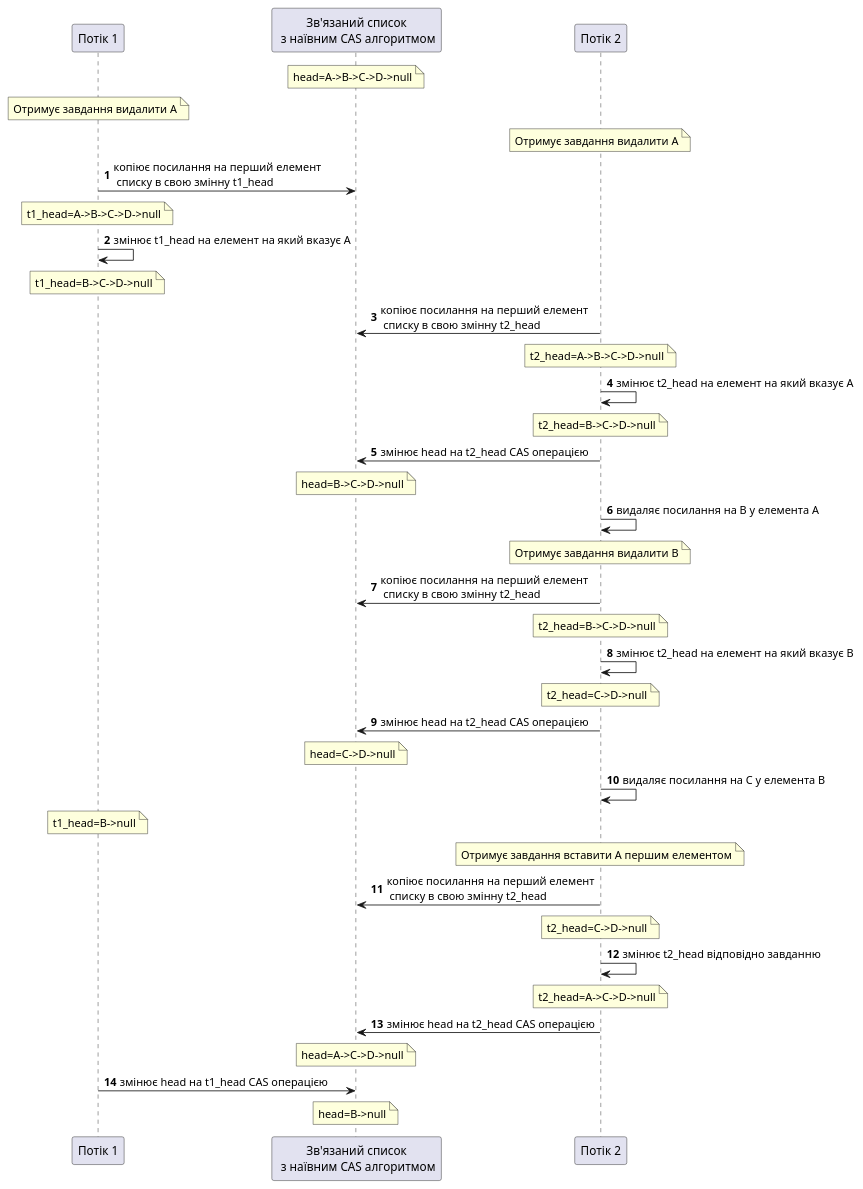
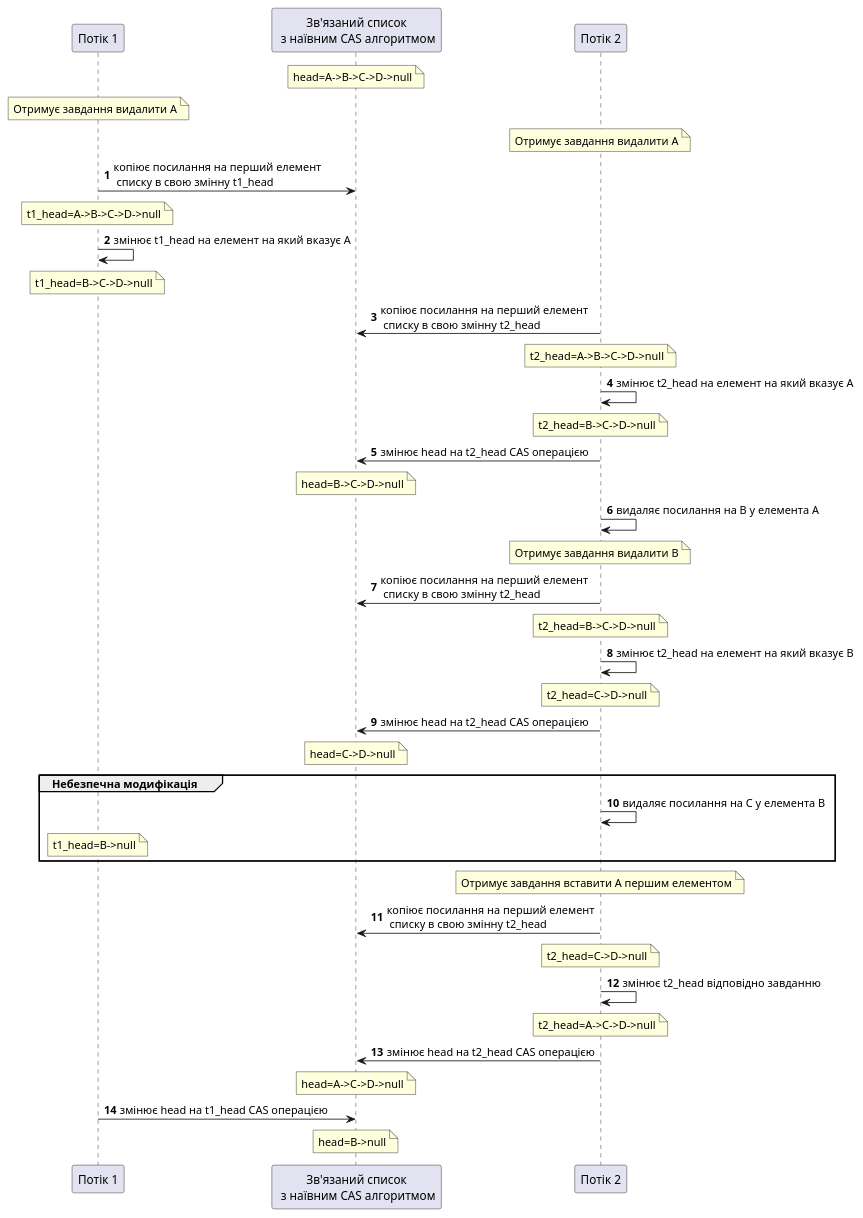
Before and after one commit to zakutok/notes: the second of 2 diagrams in src/multithreading/java/aba_problem/aba_problem.adoc, drawn with PlantUML.

Commit message:
aba_problem

```diff
--- a/src/multithreading/java/aba_problem/aba_problem.adoc
+++ b/src/multithreading/java/aba_problem/aba_problem.adoc
@@ -27,77 +27,79 @@
-[plantuml,target=aba_problem_in_naive_cas_alog_realization_sequence_diagram,format=svg]
+[plantuml,target=aba_problem_in_naive_cas_algo_realization_sequence_diagram,format=svg]
 ----
 skinparam defaultFontName FONT_FIRA_MONO
 autonumber
 participant t1 as "Потік 1"
 participant r as "Зв'язаний список\n з наївним CAS алгоритмом"
 participant t2 as "Потік 2"
 
 note over r
 head=A->B->C->D->null
 end note
 note over t1
 Отримує завдання видалити A
 end note
 note over t2
 Отримує завдання видалити A
 end note
 t1 -> r: копіює посилання на перший елемент\n списку в свою змінну t1_head
 note over t1
 t1_head=A->B->C->D->null
 end note
 t1 -> t1: змінює t1_head на елемент на який вказує A
 note over t1
 t1_head=B->C->D->null
 end note
 t2 -> r: копіює посилання на перший елемент\n списку в свою змінну t2_head
 note over t2
 t2_head=A->B->C->D->null
 end note
 t2 -> t2: змінює t2_head на елемент на який вказує A
 note over t2
 t2_head=B->C->D->null
 end note
 t2 -> r: змінює head на t2_head CAS операцією
 note over r
 head=B->C->D->null
 end note
 t2->t2: видаляє посилання на B у елемента A
 note over t2
 Отримує завдання видалити B
 end note
 t2 -> r: копіює посилання на перший елемент\n списку в свою змінну t2_head
 note over t2
 t2_head=B->C->D->null
 end note
 t2 -> t2: змінює t2_head на елемент на який вказує B
 note over t2
 t2_head=C->D->null
 end note
 t2 -> r: змінює head на t2_head CAS операцією
 note over r
 head=C->D->null
 end note
+group Небезпечна модифікація
 t2->t2: видаляє посилання на C у елемента B
 note over t1
 t1_head=B->null
 end note
+end group
 note over t2
 Отримує завдання вставити A першим елементом
 end note
 t2 -> r: копіює посилання на перший елемент\n списку в свою змінну t2_head
 note over t2
 t2_head=C->D->null
 end note
 t2 -> t2: змінює t2_head відповідно завданню
 note over t2
 t2_head=A->C->D->null
 end note
 t2 -> r: змінює head на t2_head CAS операцією
 note over r
 head=A->C->D->null
 end note
 t1 -> r: змінює head на t1_head CAS операцією
 note over r
 head=B->null
 end note
 ----
```
